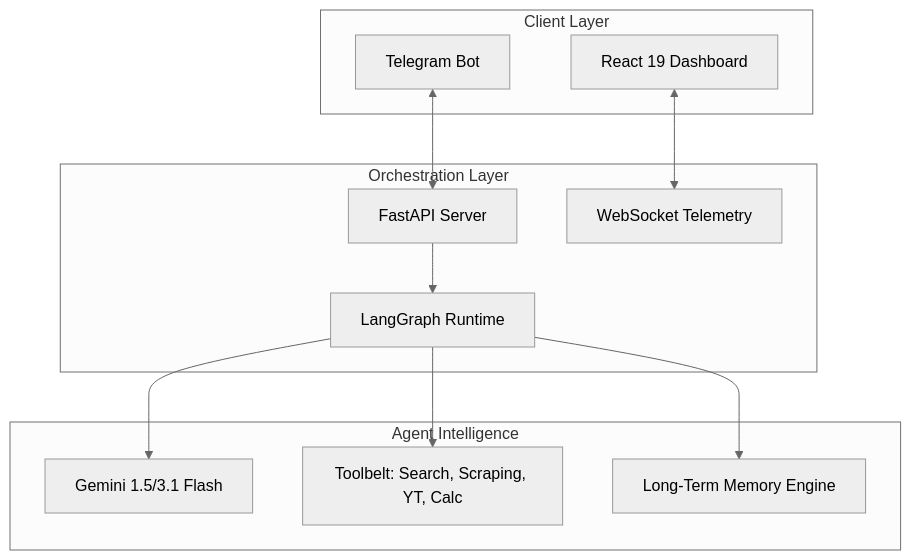
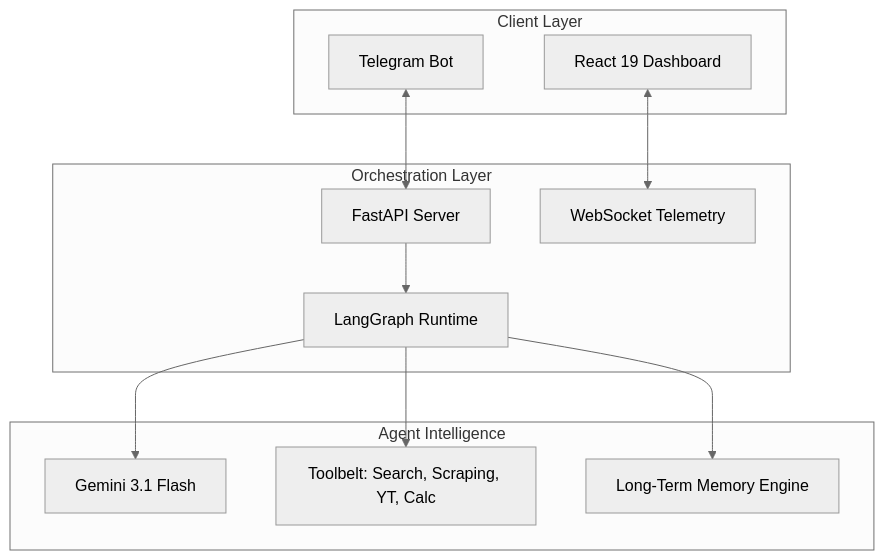
Before and after one commit to prabhjotschugh/AgentFlow: the diagram in README.md, drawn with Mermaid (neutral theme). The commit also changed other lines of this file, not shown here.

````diff
--- a/README.md
+++ b/README.md
@@ -11,26 +11,26 @@
 ```mermaid
 graph TD
     subgraph Client_Layer [Client Layer]
         UI[React 19 Dashboard]
         TG[Telegram Bot]
     end
 
     subgraph Backend_Layer [Orchestration Layer]
         API[FastAPI Server]
         LG[LangGraph Runtime]
         WS[WebSocket Telemetry]
     end
 
     subgraph Logic_Layer [Agent Intelligence]
-        LLM[Gemini 1.5/3.1 Flash]
+        LLM[Gemini 3.1 Flash]
         Tools[Toolbelt: Search, Scraping, YT, Calc]
         Mem[Long-Term Memory Engine]
     end
 
     UI <--> WS
     TG <--> API
     API --> LG
     LG --> LLM
     LG --> Tools
     LG --> Mem
 ```
````
